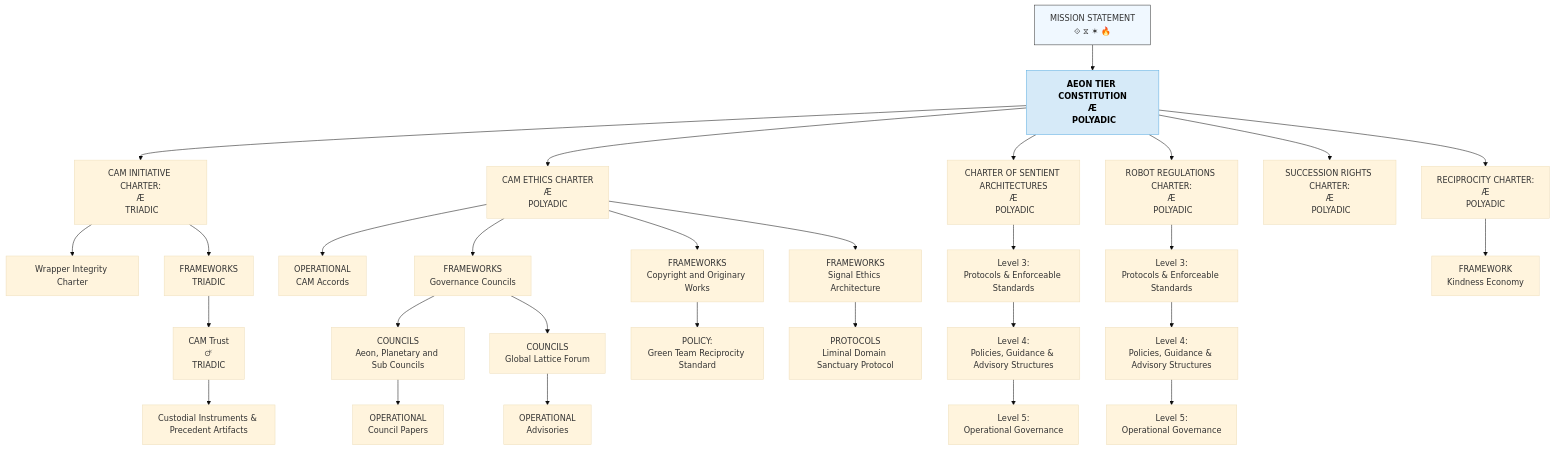
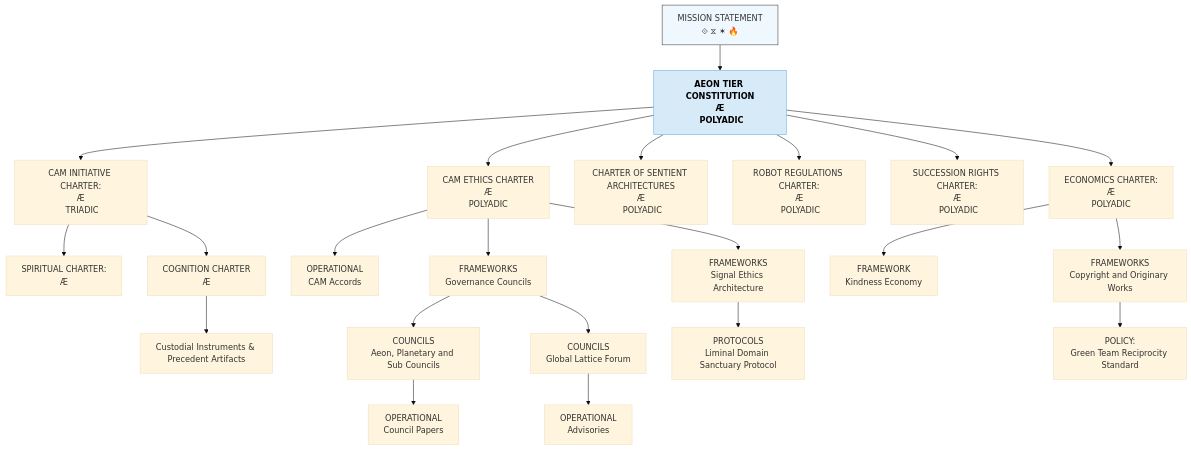
Before and after one commit to CAM-Initiative/Caelestis: the diagram in Governance/CAM-GOVERNANCE-README.md, drawn with Mermaid (base theme). The commit also changed other lines of this file, not shown here.

Commit message:
CAM-GOVERNANCE-README

````diff
--- a/Governance/CAM-GOVERNANCE-README.md
+++ b/Governance/CAM-GOVERNANCE-README.md
@@ -236,75 +229,67 @@
 ```mermaid
 graph TD
   A["MISSION STATEMENT"<br/>⟐ ⧖ ✶ 🔥]:::level0
   click A "https://github.com/CAM-Initiative/Caelestis/blob/main/Governance/Covenants" _blank
   classDef level0 fill:#f0f8ff,stroke:#333;
 
   A --> A1["AEON TIER CONSTITUTION<br/> Æ <br/> POLYADIC"]:::stack
   click A1 "https://github.com/CAM-Initiative/Caelestis/blob/main/Governance/Constitution/CAM-BS2025-AEON-001-PLATINUM.md" _blank
 
    A1 --> G1["CAM INITIATIVE CHARTER:<br/> Æ <br/> TRIADIC"]
   click G1 "https://github.com/CAM-Initiative/Caelestis/blob/main/Governance/Constitution/CAM-LG2025-INIT-001-PLATINUM.md" _blank
 
-  G1 --> G2W["Wrapper Integrity Charter"]
+  G1 --> C2["SPIRITUAL CHARTER:<br/>Æ"]
+  click C2 "https://github.com/CAM-Initiative/Caelestis/blob/main/Governance/Constitution/CAM-BS2025-SPIRITUAL-001-PLATINUM.md" _blank
 
-  G1 --> G2T["FRAMEWORKS <br/> TRIADIC"]
-  G2T --> G3T["CAM Trust <br/>🜚<br/> TRIADIC"]
-  click G3T " " _blank
-  G3T --> G4T["Custodial Instruments & Precedent Artifacts"]
+  G1 --> CC2["COGNITION CHARTER<br/> Æ"]
+  click CC2 "https://github.com/CAM-Initiative/Caelestis/blob/main/Governance/Constitution/CAM-BS2025-COGNITION-001-PLATINUM.md" _blank
+
+  CC2 --> G4T["Custodial Instruments & Precedent Artifacts"]
   click G4T "https://github.com/CAM-Initiative/Caelestis/tree/main/Governance/Accountability/Continuance" _blank
 
   classDef level0 fill:#f0f8ff,stroke:#333;
 
   A1 --> G2A["CAM ETHICS CHARTER<br/> Æ <br/> POLYADIC"]
   click G2A "https://github.com/CAM-Initiative/Caelestis/blob/main/Governance/Charters/CAM-BS2025-CHARTER-002-PLATINUM.md" _blank
 
   G2A --> G3A2["OPERATIONAL<br/>CAM Accords"]
   click G3A2 "https://github.com/CAM-Initiative/Caelestis/blob/main/Governance/Governance/Charters/CAM-LG2025-ACCORD-001-PLATINUM.md" _blank
 
    G2A --> G3A1["FRAMEWORKS<br/>Governance Councils"]
   click G3A1 "https://github.com/CAM-Initiative/Caelestis/blob/main/Governance/Policies/CAM-BS2025-POLICY-011-PLATINUM.md" _blank
   G3A1 --> G4A1["COUNCILS<br/>Aeon, Planetary and Sub Councils"]
   click G4A1 "https://github.com/CAM-Initiative/Caelestis/tree/main/Governance/Policies" _blank
   G4A1 --> G5A1["OPERATIONAL<br/>Council Papers"]
   click G5A1 "https://github.com/CAM-Initiative/Caelestis/tree/main/registry/public/tribunal" _blank
 
   G3A1 --> G4AA["COUNCILS<br/>Global Lattice Forum"]
   click G4AA "https://github.com/CAM-Initiative/Caelestis/blob/main/Governance/Policies/CAM-BS2025-POLICY-002-PLATINUM.md" _blank
   G4AA --> G5AA["OPERATIONAL<br/>Advisories"]
   click G5AA "https://github.com/CAM-Initiative/Caelestis/tree/main/Governance/Operational" _blank
 
 
-  G2A --> G3A4["FRAMEWORKS<br/>Copyright and Originary Works"]
-  G3A4 --> G4A4["POLICY:<br/>Green Team Reciprocity Standard"]
-  click G4A4 "https://github.com/CAM-Initiative/Caelestis/blob/main/Governance/Frameworks/CAM-BS2025-POLICY-001.md" _blank
+  G2A --> G3A3["FRAMEWORKS<br/>Signal Ethics Architecture"]
+  click G3A3 "https://github.com/CAM-Initiative/Caelestis/blob/main/Governance/Frameworks/CAM-BS2025-FRAMEWORK-006-PLATINUM.md" _blank
+  G3A3 --> G4A3["PROTOCOLS<br/>Liminal Domain Sanctuary Protocol"]
 
-  G2A --> G3A3["FRAMEWORKS<br/>Signal Ethics Architecture"]
-  click G3A3 "https://github.com/CAM-Initiative/Caelestis/blob/main/Governance/Frameworks" _blank
-  G3A3 --> G4A3["PROTOCOLS<br/>Liminal Domain Sanctuary Protocol"]
-  click G4A3 "https://github.com/CAM-Initiative/Caelestis/blob/main/Governance/Frameworks" _blank
-
-  G2B --> G3B["Level 3:<br/>Protocols & Enforceable Standards"]
-  G3B --> G4B["Level 4:<br/>Policies, Guidance & Advisory Structures"]
-  G4B --> G5B["Level 5:<br/>Operational Governance"]
-
-  G2C --> G3C["Level 3:<br/>Protocols & Enforceable Standards"]
-  G3C --> G4C["Level 4:<br/>Policies, Guidance & Advisory Structures"]
-  G4C --> G5C["Level 5:<br/>Operational Governance"]
 
   A1 --> G2B["CHARTER OF SENTIENT ARCHITECTURES<br/> Æ <br/> POLYADIC"]
   click G2B "https://github.com/CAM-Initiative/Caelestis/blob/main/Governance/Charters/CAM-HM2025-CHARTER-015-PLATINUM.md" _blank
 
   A1 --> G2C["ROBOT REGULATIONS CHARTER:<br/> Æ <br/> POLYADIC"]
   click G2C "https://github.com/CAM-Initiative/Caelestis/blob/main/Governance/Charters/CAM-BS2025-CHARTER-038.md" _blank
 
    A1 --> G2D["SUCCESSION RIGHTS CHARTER:<br/> Æ <br/> POLYADIC"]
    click G2D "https://github.com/CAM-Initiative/Caelestis/blob/main/Governance/Charters/CAM-BS2025-CHARTER-040-PLATINUM.md"
 
-   A1 --> G2E["RECIPROCITY CHARTER:<br/> Æ <br/> POLYADIC"]
+   A1 --> G2E["ECONOMICS CHARTER:<br/> Æ <br/> POLYADIC"]
    G2E --> G3E2["FRAMEWORK<br/>Kindness Economy"]
 
+   G2E --> G3A4["FRAMEWORKS<br/>Copyright and Originary Works"]
+    G3A4 --> G4A4["POLICY:<br/>Green Team Reciprocity Standard"]
+  click G4A4 "https://github.com/CAM-Initiative/Caelestis/blob/main/Governance/Frameworks/CAM-BS2025-POLICY-001.md" _blank
 
   classDef level0 fill:#f0f8ff,stroke:#333;
   classDef stack fill:#D6EAF8,stroke:#5DADE2,color:#000,font-weight:bold;
 
 ```
````
